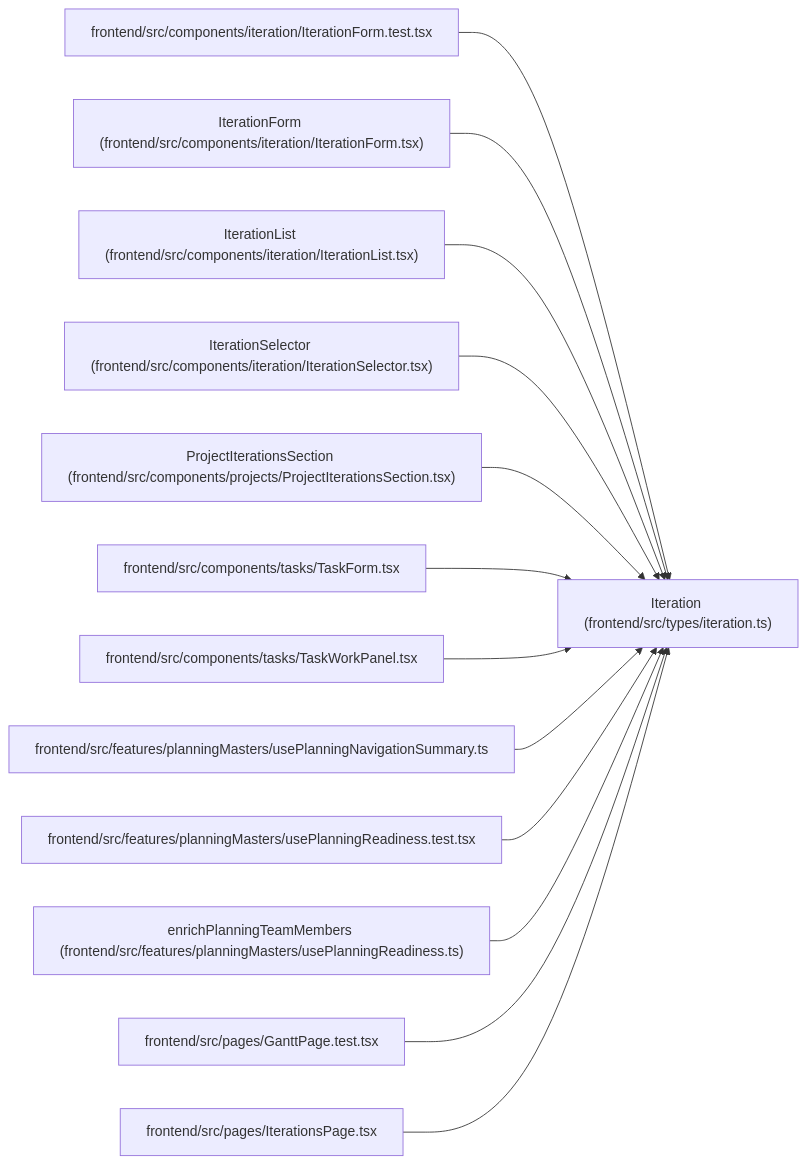
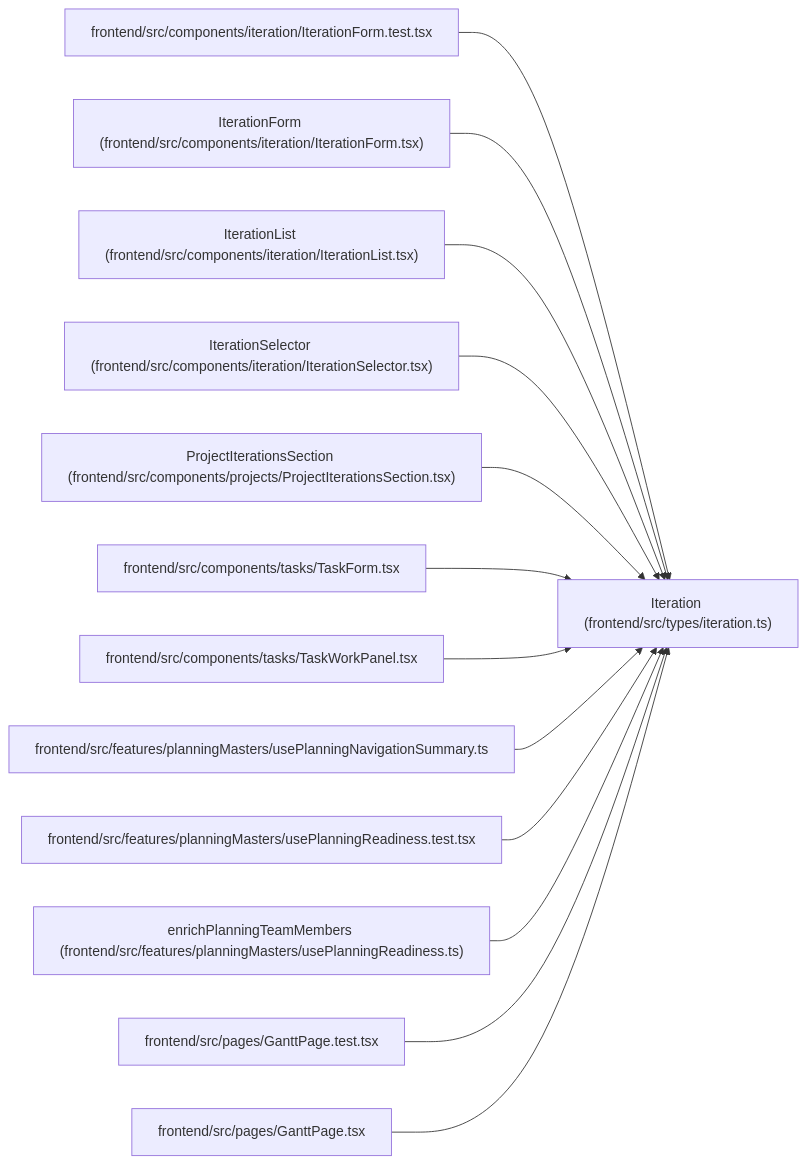
One commit to Denissvgn/WorkChord changed the diagram in docs/llm_wiki/entities/types_iteration_Iteration.md. Above: the diagram before and after it, drawn with Mermaid. The commit also changed other lines of this file and 398 other files, not shown here.

````diff
--- a/docs/llm_wiki/entities/types_iteration_Iteration.md
+++ b/docs/llm_wiki/entities/types_iteration_Iteration.md
@@ -35,41 +35,41 @@
 ```mermaid
 flowchart LR
     n0["Iteration (frontend/src/types/iteration.ts)"]
     n1["frontend/src/components/iteration/IterationForm.test.tsx"]
     n2["IterationForm (frontend/src/components/iteration/IterationForm.tsx)"]
     n3["IterationList (frontend/src/components/iteration/IterationList.tsx)"]
     n4["IterationSelector (frontend/src/components/iteration/IterationSelector.tsx)"]
     n5["ProjectIterationsSection (frontend/src/components/projects/ProjectIterationsSection.tsx)"]
     n6["frontend/src/components/tasks/TaskForm.tsx"]
     n7["frontend/src/components/tasks/TaskWorkPanel.tsx"]
     n8["frontend/src/features/planningMasters/usePlanningNavigationSummary.ts"]
     n9["frontend/src/features/planningMasters/usePlanningReadiness.test.tsx"]
     n10["enrichPlanningTeamMembers (frontend/src/features/planningMasters/usePlanningReadiness.ts)"]
     n11["frontend/src/pages/GanttPage.test.tsx"]
-    n12["frontend/src/pages/IterationsPage.tsx"]
+    n12["frontend/src/pages/GanttPage.tsx"]
     n1 --> n0
     n2 --> n0
     n3 --> n0
     n4 --> n0
     n5 --> n0
     n6 --> n0
     n7 --> n0
     n8 --> n0
     n9 --> n0
     n10 --> n0
     n11 --> n0
     n12 --> n0
     click n0 "../modules/types_iteration.md"
     click n1 "../modules/IterationForm.test.md"
     click n2 "../modules/IterationForm.md"
     click n3 "../modules/IterationList.md"
     click n4 "../modules/IterationSelector.md"
     click n5 "../modules/ProjectIterationsSection.md"
     click n6 "../modules/TaskForm.md"
     click n7 "../modules/TaskWorkPanel.md"
     click n8 "../modules/usePlanningNavigationSummary.md"
     click n9 "../modules/usePlanningReadiness.test.md"
     click n10 "../modules/usePlanningReadiness.md"
     click n11 "../modules/GanttPage.test.md"
-    click n12 "../modules/IterationsPage.md"
+    click n12 "../modules/GanttPage.md"
 ```
````
